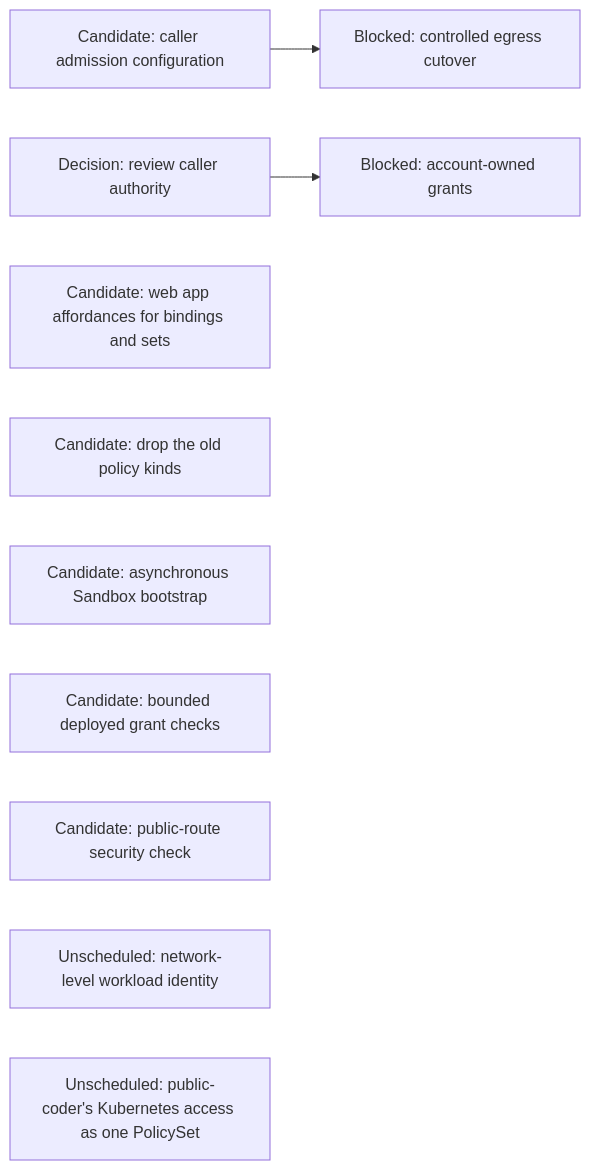
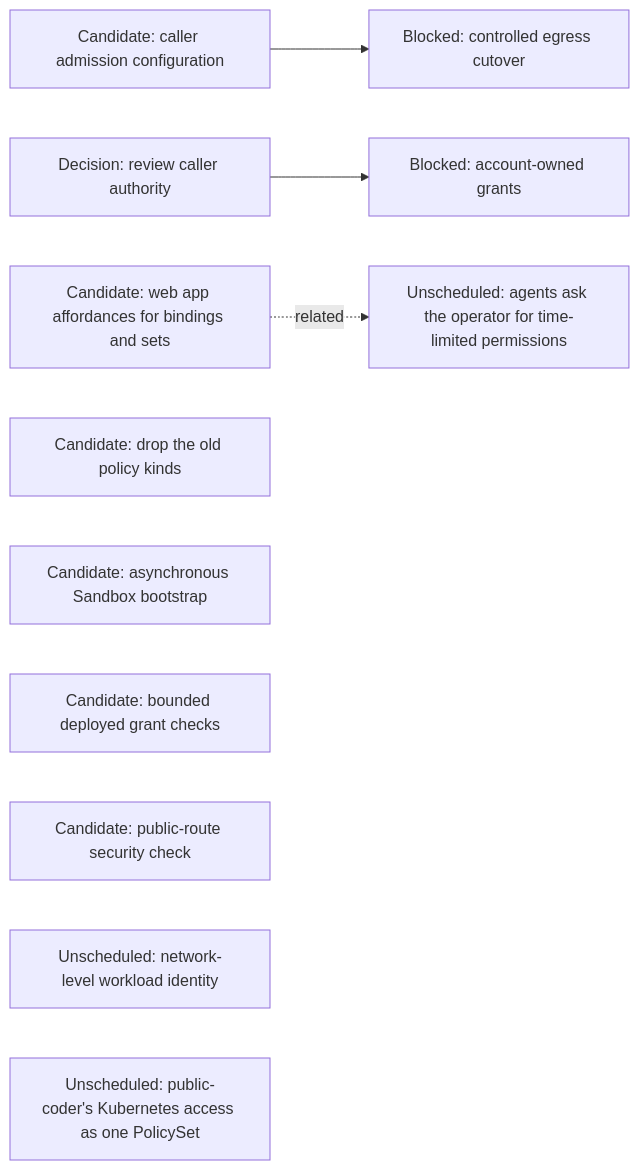
One commit to agentydragon-agent/ducktape changed the eighth of 15 diagrams in agentplane/plans/task_dag.md. Above: the diagram before and after it, drawn with Mermaid. The commit also changed other lines of this file, not shown here.

````diff
--- a/agentplane/plans/task_dag.md
+++ b/agentplane/plans/task_dag.md
@@ -503,12 +519,14 @@
 ```mermaid
 flowchart LR
     PC_EGRESS_CREDENTIALS[Candidate: caller admission configuration] --> PC_EGRESS[Blocked: controlled egress cutover]
     CLAUDE_AI_SA[Decision: review caller authority] --> MANAGED_SA_RBAC[Blocked: account-owned grants]
     POLICY_RUNTIME_GRANTS[Candidate: web app affordances for bindings and sets]
+    AGENT_PERMISSION_REQUESTS[Unscheduled: agents ask the operator for time-limited permissions]
+    POLICY_RUNTIME_GRANTS -. related .-> AGENT_PERMISSION_REQUESTS
     OLD_POLICY_KINDS_DROP[Candidate: drop the old policy kinds]
     BOOTSTRAP_PROGRESS_CONTRACT[Candidate: asynchronous Sandbox bootstrap]
     SANDBOX_RBAC[Candidate: bounded deployed grant checks]
     NOTIFICATION_INGRESS_BOUNDARY[Candidate: public-route security check]
     NETWORK_WORKLOAD_IDENTITY[Unscheduled: network-level workload identity]
     PC_KUBERNETES_POLICY_SET[Unscheduled: public-coder's Kubernetes access as one PolicySet]
 ```
````
